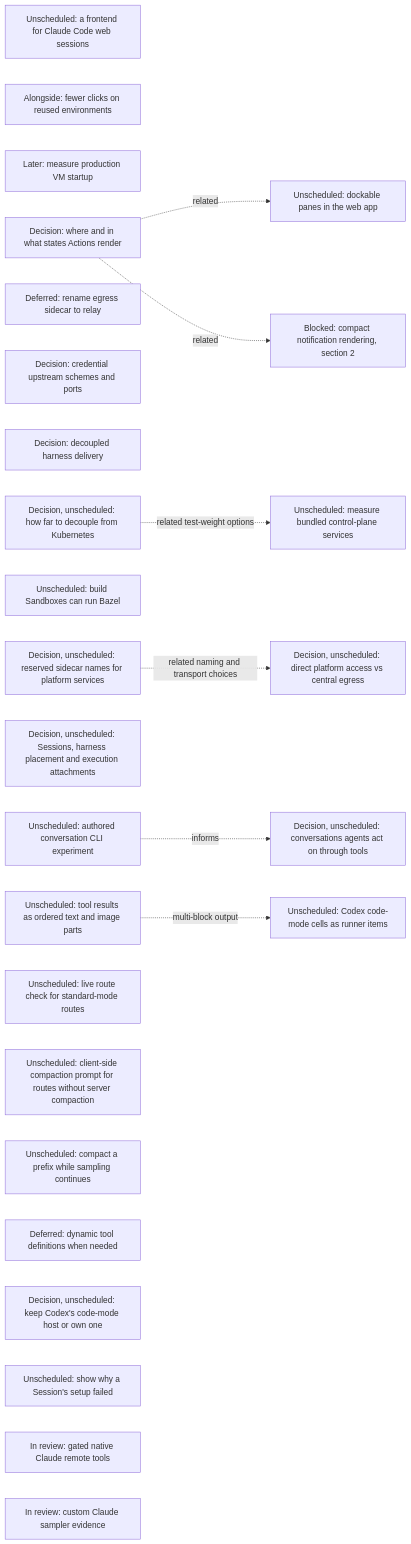
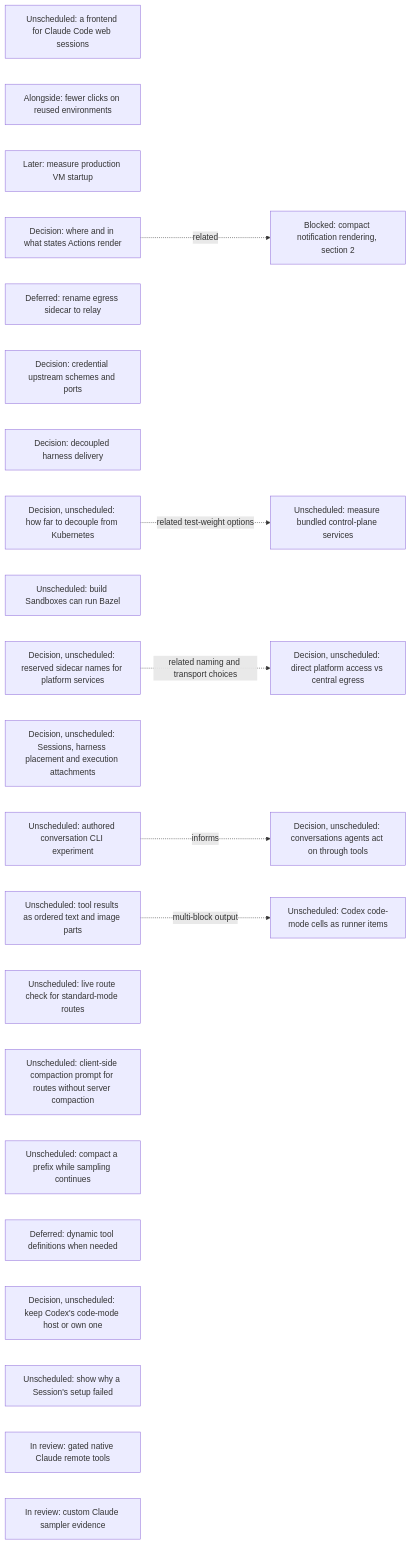
The seventh of 19 diagrams in agentplane/plans/task_dag.md (agentydragon/ducktape), drawn with Mermaid before and after one commit. The commit also changed other lines of this file and 19 other files, not shown here.

First line of the commit message:
Dockable workspace at /dock: drag panes into a layout of your own

````diff
--- a/agentplane/plans/task_dag.md
+++ b/agentplane/plans/task_dag.md
@@ -1042,35 +1042,33 @@
 ```mermaid
 flowchart LR
     CLAUDE_CODE_WEB_BRIDGE[Unscheduled: a frontend for Claude Code web sessions]
     SESSION_LAUNCH_FRICTION[Alongside: fewer clicks on reused environments]
     VM_STARTUP_LATENCY[Later: measure production VM startup]
     ACTION_SURFACES_DESIGN[Decision: where and in what states Actions render]
     EGRESS_RELAY_RENAME[Deferred: rename egress sidecar to relay]
     EGRESS_CREDENTIAL_TRANSPORT_DESIGN[Decision: credential upstream schemes and ports]
     RUNNER_HARNESS_DELIVERY_DESIGN[Decision: decoupled harness delivery]
     K3S_BUNDLED_SERVICES_SPIKE[Unscheduled: measure bundled control-plane services]
     KUBERNETES_DECOUPLING_DESIGN[Decision, unscheduled: how far to decouple from Kubernetes]
     KUBERNETES_DECOUPLING_DESIGN -. related test-weight options .-> K3S_BUNDLED_SERVICES_SPIKE
-    DOCKABLE_PANES[Unscheduled: dockable panes in the web app]
-    ACTION_SURFACES_DESIGN -. related .-> DOCKABLE_PANES
     NOTIFICATION_PRESENTATION[Blocked: compact notification rendering, section 2]
     ACTION_SURFACES_DESIGN -. related .-> NOTIFICATION_PRESENTATION
     BUILD_BOX_BAZEL[Unscheduled: build Sandboxes can run Bazel]
     PLATFORM_SERVICE_NAMES_DESIGN[Decision, unscheduled: reserved sidecar names for platform services]
     PLATFORM_SERVICE_ROUTING_DESIGN[Decision, unscheduled: direct platform access vs central egress]
     PLATFORM_SERVICE_NAMES_DESIGN -. related naming and transport choices .-> PLATFORM_SERVICE_ROUTING_DESIGN
     SESSION_RUNTIME_MODEL_DESIGN[Decision, unscheduled: Sessions, harness placement and execution attachments]
     AGENT_AUTHORED_CONVERSATIONS_DESIGN[Decision, unscheduled: conversations agents act on through tools]
     AGENT_AUTHORED_CONVERSATIONS_EXPERIMENT[Unscheduled: authored conversation CLI experiment]
     AGENT_AUTHORED_CONVERSATIONS_EXPERIMENT -. informs .-> AGENT_AUTHORED_CONVERSATIONS_DESIGN
     STRUCTURED_TOOL_OUTPUT[Unscheduled: tool results as ordered text and image parts]
     STRUCTURED_TOOL_OUTPUT -. multi-block output .-> CODEX_CODE_MODE_CELLS[Unscheduled: Codex code-mode cells as runner items]
     CENTRAL_SAMPLER_MODEL_CAPABILITIES[Unscheduled: live route check for standard-mode routes]
     CENTRAL_SAMPLER_PROMPT_COMPACTION[Unscheduled: client-side compaction prompt for routes without server compaction]
     CENTRAL_SAMPLER_BACKGROUND_COMPACTION[Unscheduled: compact a prefix while sampling continues]
     CENTRAL_SAMPLER_DYNAMIC_TOOLS[Deferred: dynamic tool definitions when needed]
     CODE_MODE_HOST_DESIGN[Decision, unscheduled: keep Codex's code-mode host or own one]
     SESSION_SETUP_FAILURE_CAUSE[Unscheduled: show why a Session's setup failed]
     CLAUDE_REMOTE_EXECUTION_SPIKE[In review: gated native Claude remote tools]
     CLAUDE_CUSTOM_SAMPLER[In review: custom Claude sampler evidence]
 ```
````
